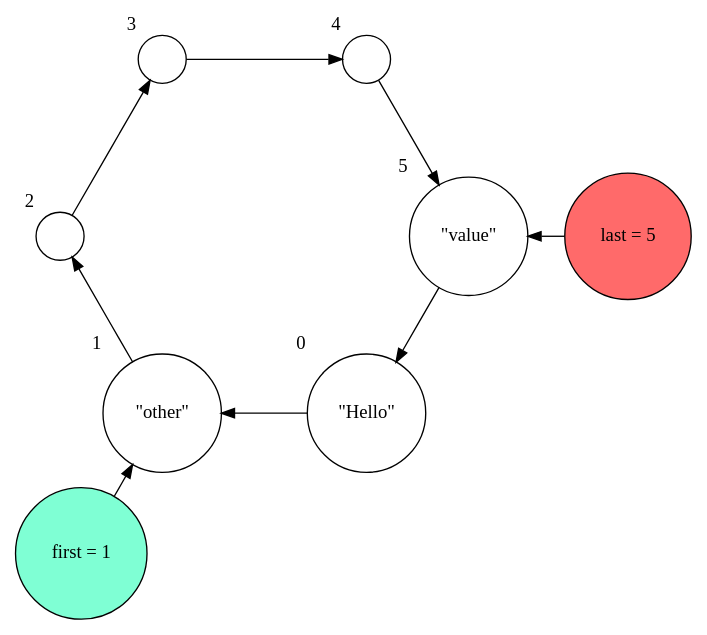
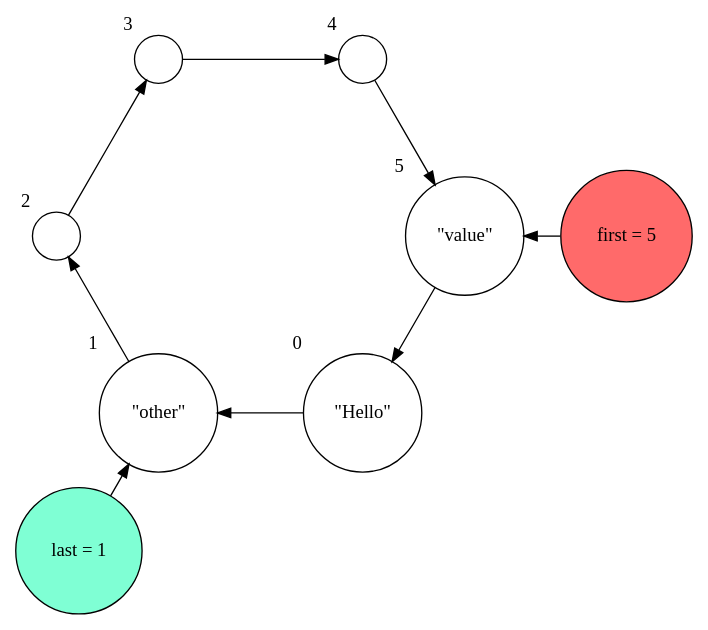
The third of 5 diagrams in ueb09/doc/doc.adoc (flohero/swo-exercise), drawn with Graphviz before and after one commit. The commit also changed other lines of this file and 2 other files, not shown here.

```diff
--- a/ueb09/doc/doc.adoc
+++ b/ueb09/doc/doc.adoc
@@ -92,21 +93,21 @@
 [graphviz,width=400]
 ----
 digraph g1 {
     layout="circo";
     forcelabels=true;
     node [shape = circle];
     N0 [xlabel="0", label="\"Hello\""]
     N1 [xlabel="1", label="\"other\""]
     N2 [xlabel="2", label=""]
     N3 [xlabel="3", label=""]
     N4 [xlabel="4", label=""]
     N5 [xlabel="5", label="\"value\""]
 
     N0 -> N1 -> N2 -> N3 -> N4 -> N5 -> N0;
 
-    first [fillcolor = aquamarine, style=filled, label="first = 1"];
-    last [fillcolor = indianred1, style=filled, label="last = 5"];
-    first -> N1;
-    last -> N5;
+    last [fillcolor = aquamarine, style=filled, label="last = 1"];
+    first [fillcolor = indianred1, style=filled, label="first = 5"];
+    last -> N1;
+    first -> N5;
 }
 ----
```
